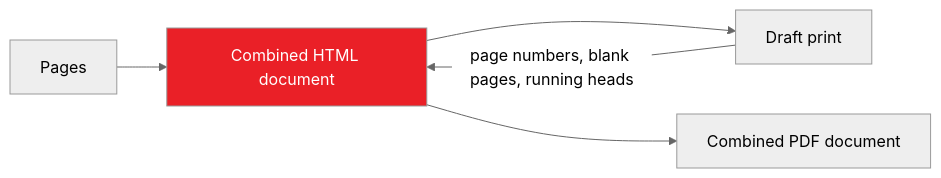
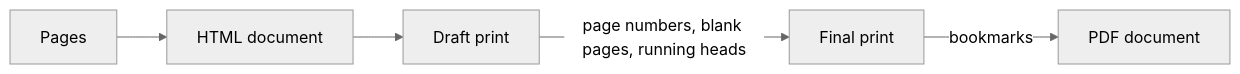
The diagram in docs/configuration/combining-pages.md (adrienbrignon/mkdocs-exporter), drawn with Mermaid (neutral theme) before and after one commit. The commit also changed 3 other files, not shown here.

First line of the commit message:
docs: verify the setup of diagrams and mathematics, redraw a diagram

````diff
--- a/docs/configuration/combining-pages.md
+++ b/docs/configuration/combining-pages.md
@@ -5,8 +5,7 @@
 ```mermaid
-graph LR
-    A[Pages] --> B[Combined HTML document]
-    style B fill:#ea2027,color: #fff;
-    B --> C[Draft print]
-    C -- page numbers, blank pages, running heads --> B
-    B --> D[Combined PDF document]
+flowchart LR
+    pages[Pages] --> html[HTML document]
+    html --> draft[Draft print]
+    draft -- page numbers, blank pages, running heads --> final[Final print]
+    final -- bookmarks --> pdf[PDF document]
 ```
````
